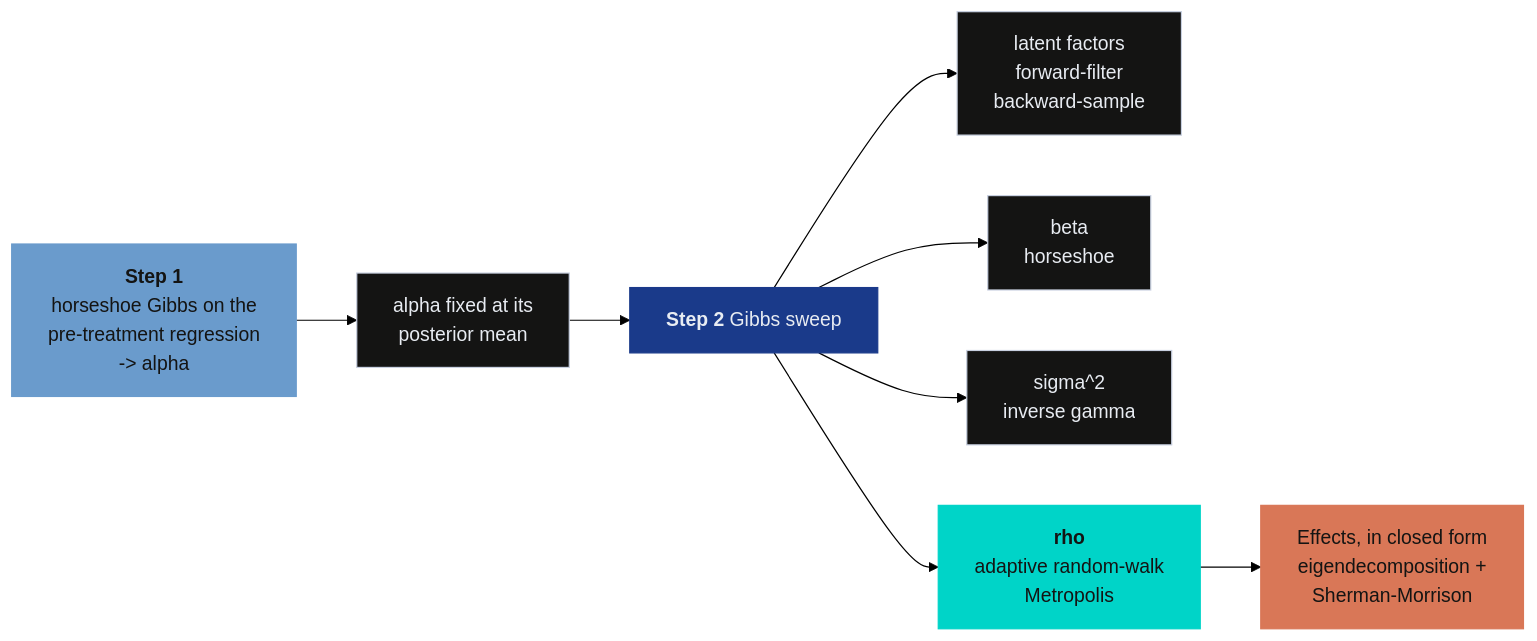
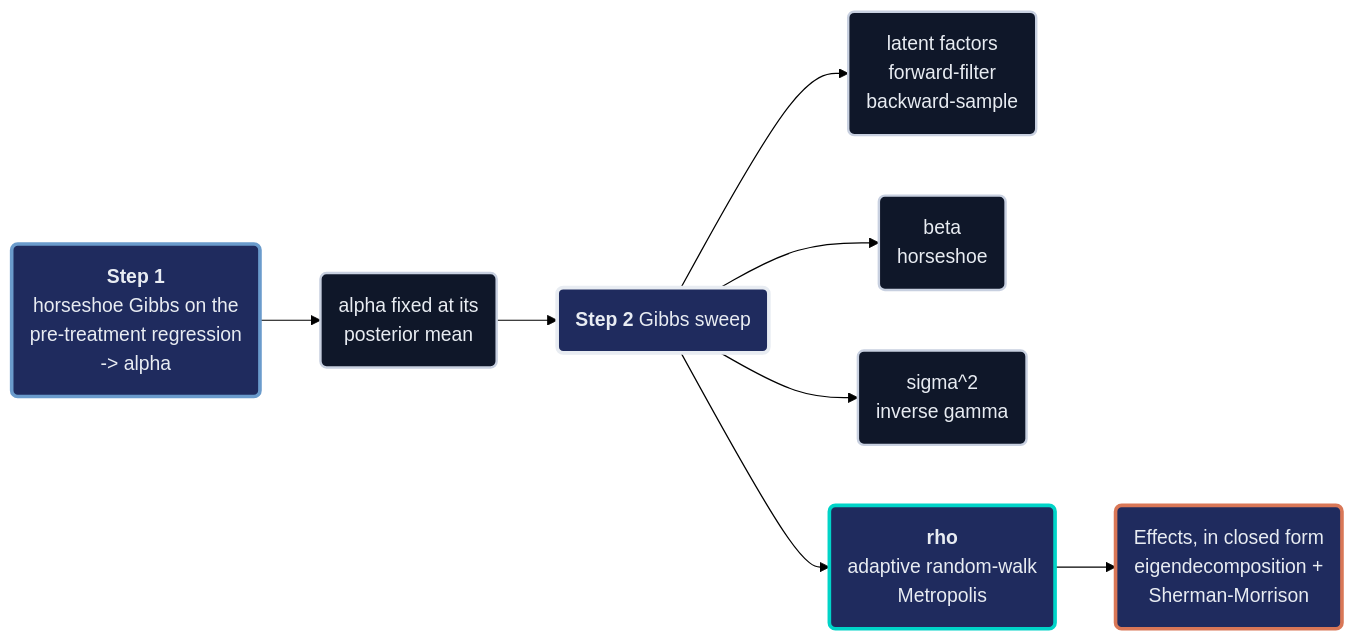
Before and after one commit to cmg777/starter-academic-v501: the third of 4 diagrams in content/post/python_sc_bayes_spatial/index.md, drawn with Mermaid (forest theme). The commit also changed other lines of this file and 9 other files, not shown here.

First line of the commit message:
content(mermaid): restyle flowcharts in Python posts, batch 2 of 2

````diff
--- a/content/post/python_sc_bayes_spatial/index.md
+++ b/content/post/python_sc_bayes_spatial/index.md
@@ -896,18 +905,20 @@
 ```mermaid
 graph LR
-    S1["<b>Step 1</b><br/>horseshoe Gibbs on the<br/>pre-treatment regression<br/>-> alpha"] --> FIX["alpha fixed at its<br/>posterior mean"]
-    FIX --> S2["<b>Step 2</b> Gibbs sweep"]
-    S2 --> F["latent factors<br/>forward-filter<br/>backward-sample"]
-    S2 --> B["beta<br/>horseshoe"]
-    S2 --> SIG["sigma^2<br/>inverse gamma"]
-    S2 --> RHO["<b>rho</b><br/>adaptive random-walk<br/>Metropolis"]
-    RHO --> EFF["Effects, in closed form<br/>eigendecomposition +<br/>Sherman-Morrison"]
-    style S1 fill:#6a9bcc,stroke:#6a9bcc,color:#141413
-    style S2 fill:#1a3a8a,stroke:#1a3a8a,color:#e8ecf2
-    style RHO fill:#00d4c8,stroke:#00d4c8,color:#141413
-    style EFF fill:#d97757,stroke:#d97757,color:#141413
-    style FIX fill:#141413,stroke:#c8d0e0,color:#e8ecf2
-    style F fill:#141413,stroke:#c8d0e0,color:#e8ecf2
-    style B fill:#141413,stroke:#c8d0e0,color:#e8ecf2
-    style SIG fill:#141413,stroke:#c8d0e0,color:#e8ecf2
+    S1("<b>Step 1</b><br/>horseshoe Gibbs on the<br/>pre-treatment regression<br/>-> alpha") --> FIX("alpha fixed at its<br/>posterior mean")
+    FIX --> S2("<b>Step 2</b> Gibbs sweep")
+    S2 --> F("latent factors<br/>forward-filter<br/>backward-sample")
+    S2 --> B("beta<br/>horseshoe")
+    S2 --> SIG("sigma^2<br/>inverse gamma")
+    S2 --> RHO("<b>rho</b><br/>adaptive random-walk<br/>Metropolis")
+    RHO --> EFF("Effects, in closed form<br/>eigendecomposition +<br/>Sherman-Morrison")
+    classDef blue fill:#1f2b5e,stroke:#6a9bcc,stroke-width:3px,color:#e8ecf2
+    classDef anchor fill:#0f1729,stroke:#c8d0e0,stroke-width:2px,color:#e8ecf2
+    classDef key fill:#1f2b5e,stroke:#e8ecf2,stroke-width:3px,color:#e8ecf2
+    classDef teal fill:#1f2b5e,stroke:#00d4c8,stroke-width:3px,color:#e8ecf2
+    classDef orange fill:#1f2b5e,stroke:#d97757,stroke-width:3px,color:#e8ecf2
+    class S1 blue
+    class FIX,F,B,SIG anchor
+    class S2 key
+    class RHO teal
+    class EFF orange
 ```
````
